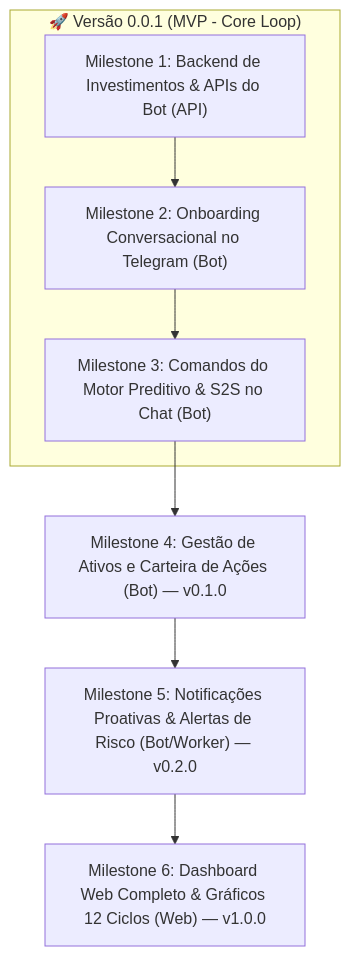
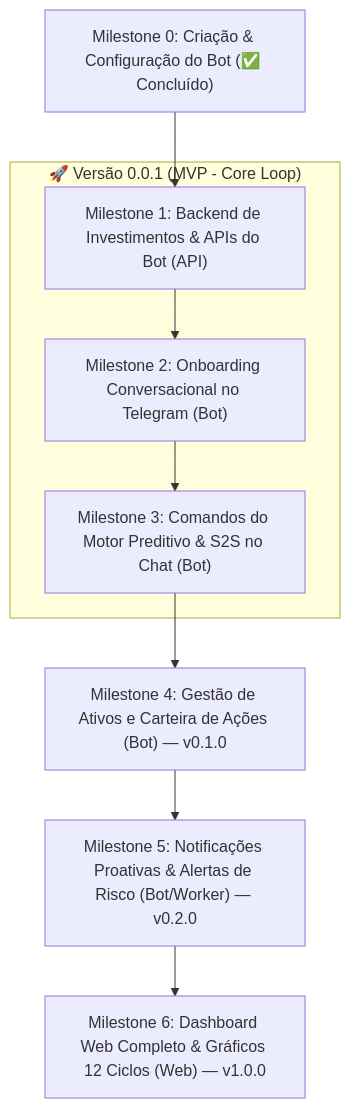
One commit to marcos-vinicius14/meu-dinheiro changed the diagram in docs/roadmap.md. Above: the diagram before and after it, drawn with Mermaid. The commit also changed other lines of this file and 1 other file, not shown here.

Commit message:
docs: update roadmap

````diff
--- a/docs/roadmap.md
+++ b/docs/roadmap.md
@@ -17,10 +17,11 @@
 ```mermaid
 graph TD
+    M0["Milestone 0: Criação & Configuração do Bot (✅ Concluído)"] --> M1
     subgraph V001 ["🚀 Versão 0.0.1 (MVP - Core Loop)"]
         M1["Milestone 1: Backend de Investimentos & APIs do Bot (API)"] --> M2["Milestone 2: Onboarding Conversacional no Telegram (Bot)"]
         M2 --> M3["Milestone 3: Comandos do Motor Preditivo & S2S no Chat (Bot)"]
     end
     M3 --> M4["Milestone 4: Gestão de Ativos e Carteira de Ações (Bot) — v0.1.0"]
     M4 --> M5["Milestone 5: Notificações Proativas & Alertas de Risco (Bot/Worker) — v0.2.0"]
     M5 --> M6["Milestone 6: Dashboard Web Completo & Gráficos 12 Ciclos (Web) — v1.0.0"]
 ```
````
